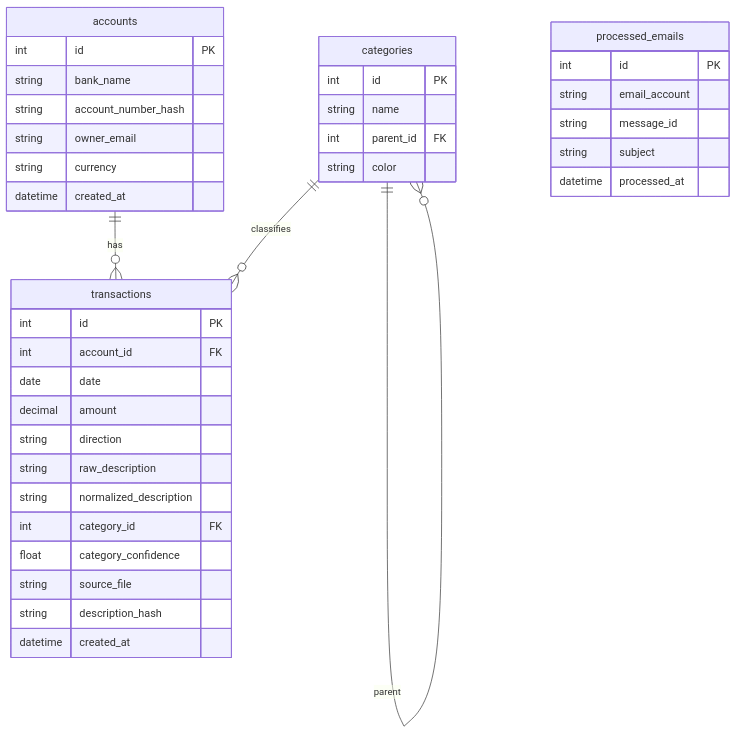
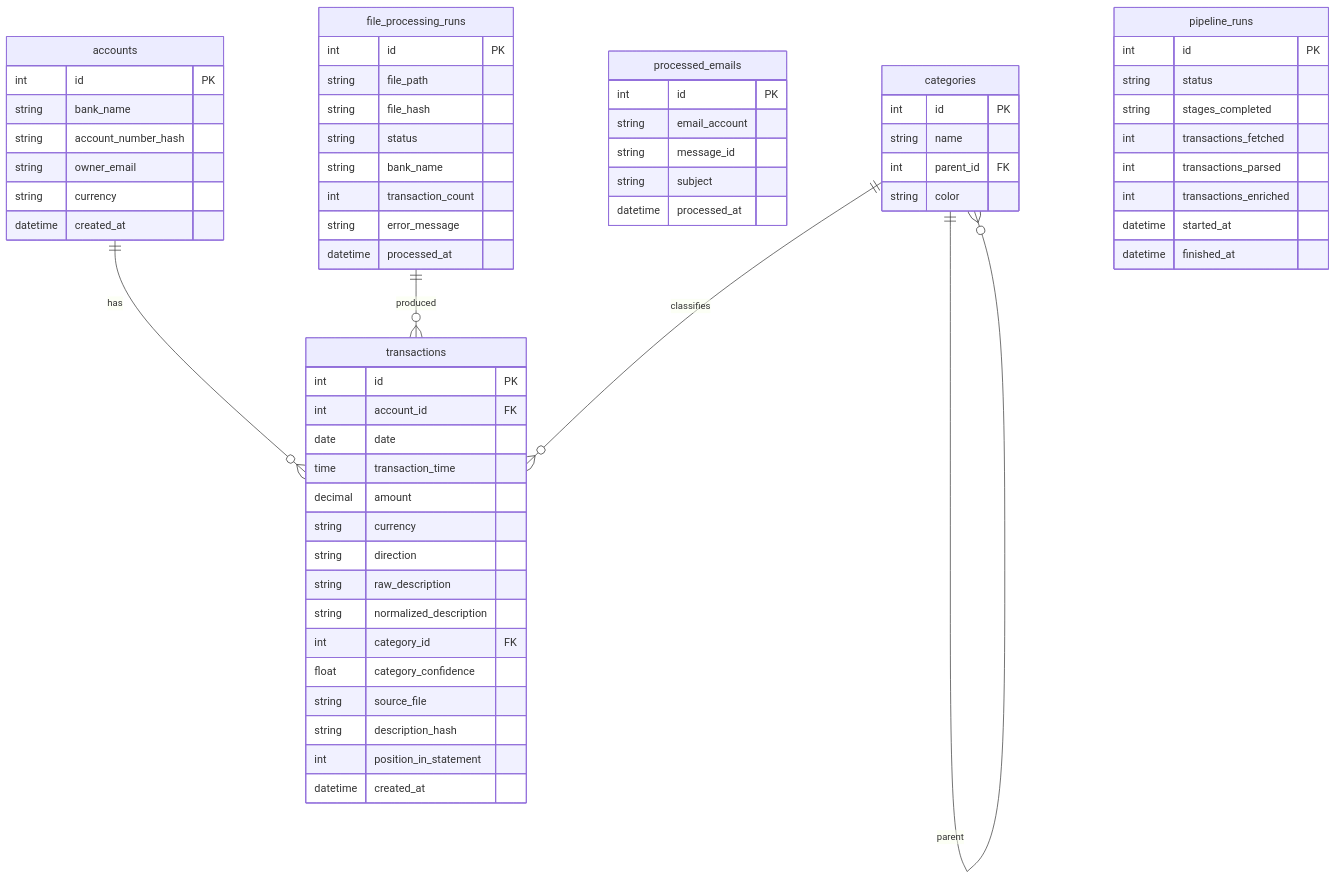
The third of 6 diagrams in docs/architecture.md (JuanLara18/bank-agent-llm), drawn with Mermaid before and after one commit. The commit also changed other lines of this file and 1 other file, not shown here.

Commit message:
docs: slim CLAUDE.md, fix ER diagram — dedup, file tracking, currency, time

````diff
--- a/docs/architecture.md
+++ b/docs/architecture.md
@@ -55,45 +57,71 @@
 ```mermaid
 erDiagram
     accounts {
         int id PK
         string bank_name
         string account_number_hash
         string owner_email
         string currency
         datetime created_at
     }
 
     transactions {
         int id PK
         int account_id FK
         date date
+        time transaction_time
         decimal amount
+        string currency
         string direction
         string raw_description
         string normalized_description
         int category_id FK
         float category_confidence
         string source_file
         string description_hash
+        int position_in_statement
         datetime created_at
     }
 
     categories {
         int id PK
         string name
         int parent_id FK
         string color
     }
 
     processed_emails {
         int id PK
         string email_account
         string message_id
         string subject
         datetime processed_at
     }
 
+    file_processing_runs {
+        int id PK
+        string file_path
+        string file_hash
+        string status
+        string bank_name
+        int transaction_count
+        string error_message
+        datetime processed_at
+    }
+
+    pipeline_runs {
+        int id PK
+        string status
+        string stages_completed
+        int transactions_fetched
+        int transactions_parsed
+        int transactions_enriched
+        datetime started_at
+        datetime finished_at
+    }
+
     accounts ||--o{ transactions : has
     categories ||--o{ transactions : classifies
     categories ||--o{ categories : parent
+    file_processing_runs ||--o{ transactions : produced
 ```
````
